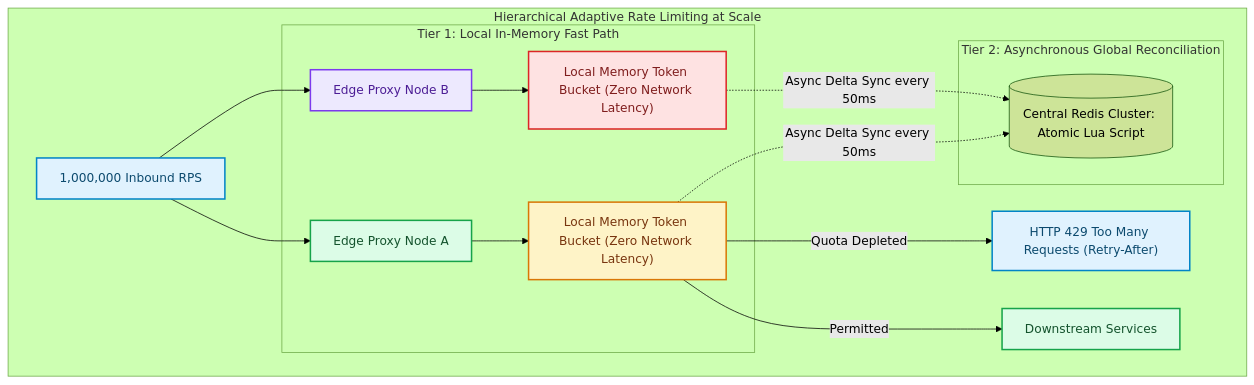
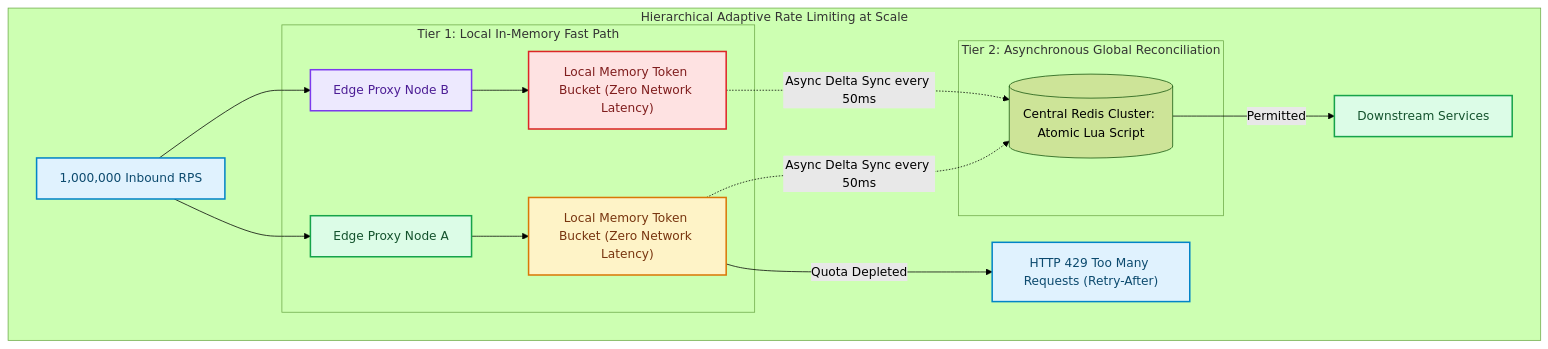
Before and after one commit to akmalkhaniub/akmalkhaniub.github.io: the first of 3 diagrams in blog/posts/adaptive-rate-limiting-1m-rps-token-bucket-sliding-window-redis.md, drawn with Mermaid (forest theme). The commit also changed other lines of this file and 894 other files, not shown here.

Commit message:
feat(blog): upgrade all 444 posts with unique staggered dates, 2-col Mermaid spines, benchmark tables, code blocks, and trade-offs

````diff
--- a/blog/posts/adaptive-rate-limiting-1m-rps-token-bucket-sliding-window-redis.md
+++ b/blog/posts/adaptive-rate-limiting-1m-rps-token-bucket-sliding-window-redis.md
@@ -11,30 +11,31 @@
 ```mermaid
 flowchart TD
   subgraph SG1_HierarchicalAdaptiveRate ["Hierarchical Adaptive Rate Limiting at Scale"]
     Traffic["1,000,000 Inbound RPS"] --> Proxy1["Edge Proxy Node A"]
     Traffic --> Proxy2["Edge Proxy Node B"]
     
     subgraph SG2_Tier1Local ["Tier 1: Local In-Memory Fast Path"]
       Proxy1 --> Bucket1["Local Memory Token Bucket (Zero Network Latency)"]
       Proxy2 --> Bucket2["Local Memory Token Bucket (Zero Network Latency)"]
     end
     
     subgraph SG3_Tier2Asynchronous ["Tier 2: Asynchronous Global Reconciliation"]
-      Bucket1 & Bucket2 -.->|Async Delta Sync every 50ms| RedisCluster[(Central Redis Cluster: Atomic Lua Script)]
+      Bucket1 -.-> |Async Delta Sync every 50ms| RedisCluster[(Central Redis Cluster: Atomic Lua Script)]
+      Bucket2 -.-> |Async Delta Sync every 50ms| RedisCluster
     end
     
     Bucket1 -->|Quota Depleted| Reject429["HTTP 429 Too Many Requests (Retry-After)"]
-    Bucket1 -->|Permitted| Upstream["Downstream Services"]
+    RedisCluster --> |Permitted| Upstream["Downstream Services"]
   end
 
 classDef green fill:#dcfce7,stroke:#16a34a,stroke-width:2px,color:#14532d;
 classDef red fill:#fee2e2,stroke:#dc2626,stroke-width:2px,color:#7f1d1d;
 classDef blue fill:#e0f2fe,stroke:#0284c7,stroke-width:2px,color:#0c4a6e;
 classDef yellow fill:#fef3c7,stroke:#d97706,stroke-width:2px,color:#78350f;
 classDef purple fill:#ede9fe,stroke:#7c3aed,stroke-width:2px,color:#4c1d95;
 class Traffic,Reject429 blue
 class Proxy1,Upstream green
 class Proxy2 purple
 class Bucket1 yellow
 class Bucket2 red
 ```
````
